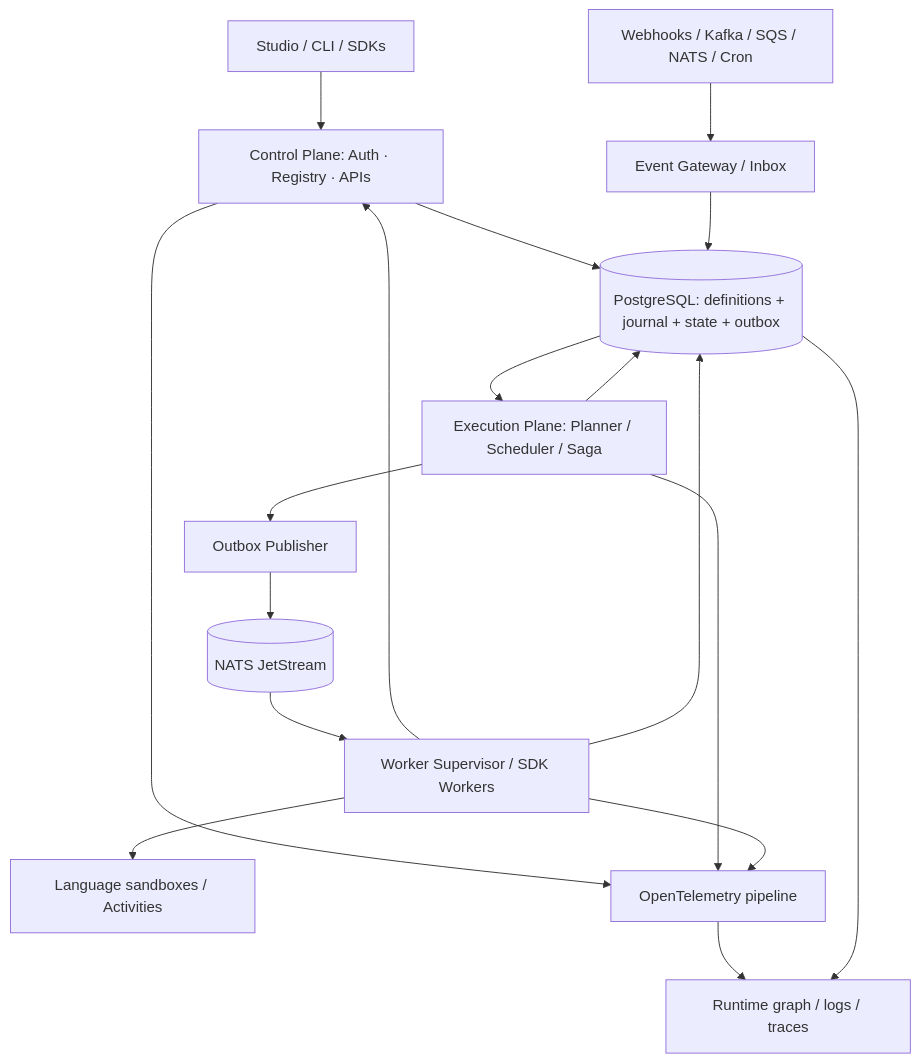
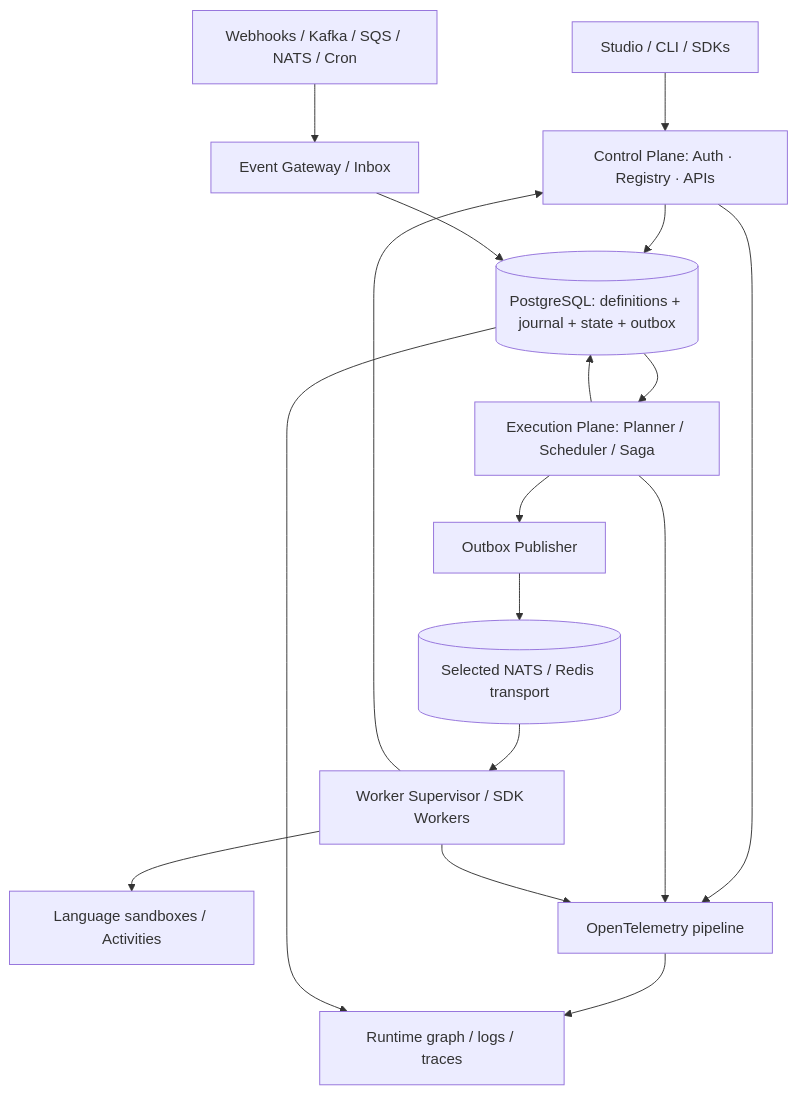
Before and after one commit to ortisun/sagat-octopus-orchestrator: the diagram in docs/architecture/overview.md, drawn with Mermaid. The commit also changed other lines of this file and 394 other files, not shown here.

````diff
--- a/docs/architecture/overview.md
+++ b/docs/architecture/overview.md
@@ -9,20 +9,19 @@
 ```mermaid
 flowchart TB
   U[Studio / CLI / SDKs] --> CP[Control Plane: Auth · Registry · APIs]
   I[Webhooks / Kafka / SQS / NATS / Cron] --> EG[Event Gateway / Inbox]
   CP --> DB[(PostgreSQL: definitions + journal + state + outbox)]
   EG --> DB
   DB --> SC[Execution Plane: Planner / Scheduler / Saga]
   SC --> DB
   SC --> OB[Outbox Publisher]
-  OB --> N[(NATS JetStream)]
+  OB --> N[(Selected NATS / Redis transport)]
   N --> WR[Worker Supervisor / SDK Workers]
   WR --> RT[Language sandboxes / Activities]
   WR --> CP
-  WR --> DB
   CP --> O[OpenTelemetry pipeline]
   SC --> O
   WR --> O
   O --> UI[Runtime graph / logs / traces]
   DB --> UI
 ```
````
